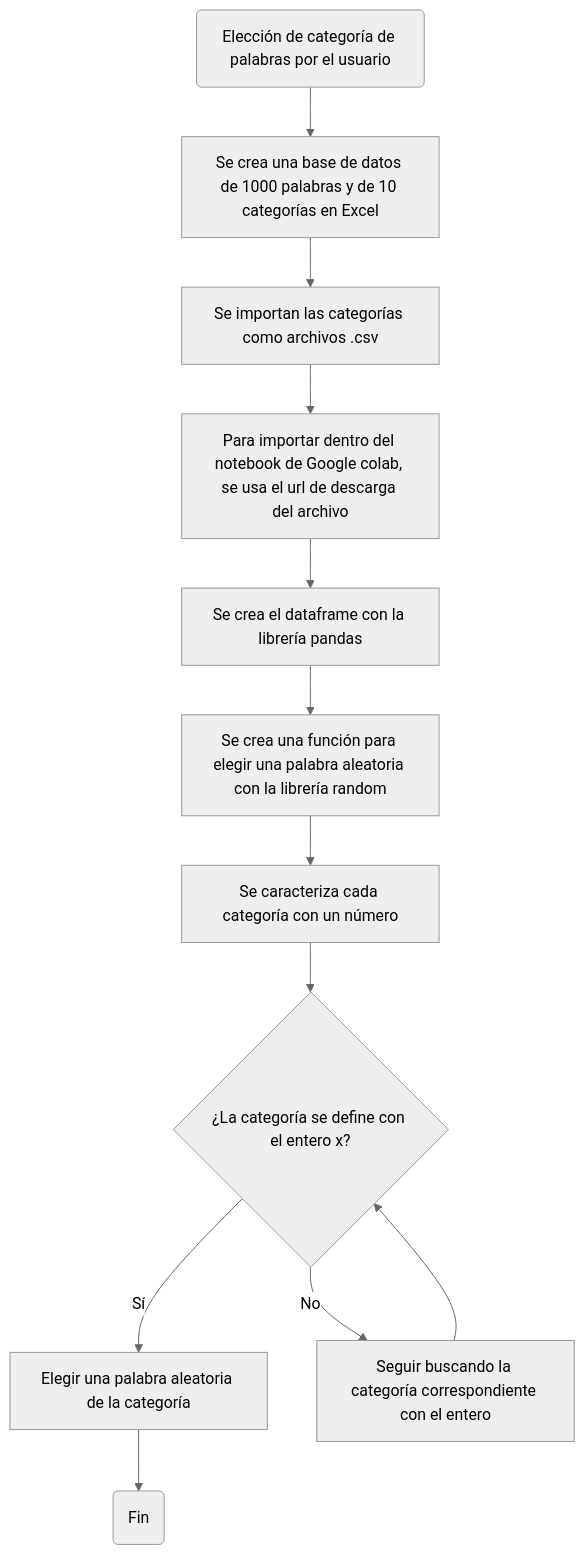
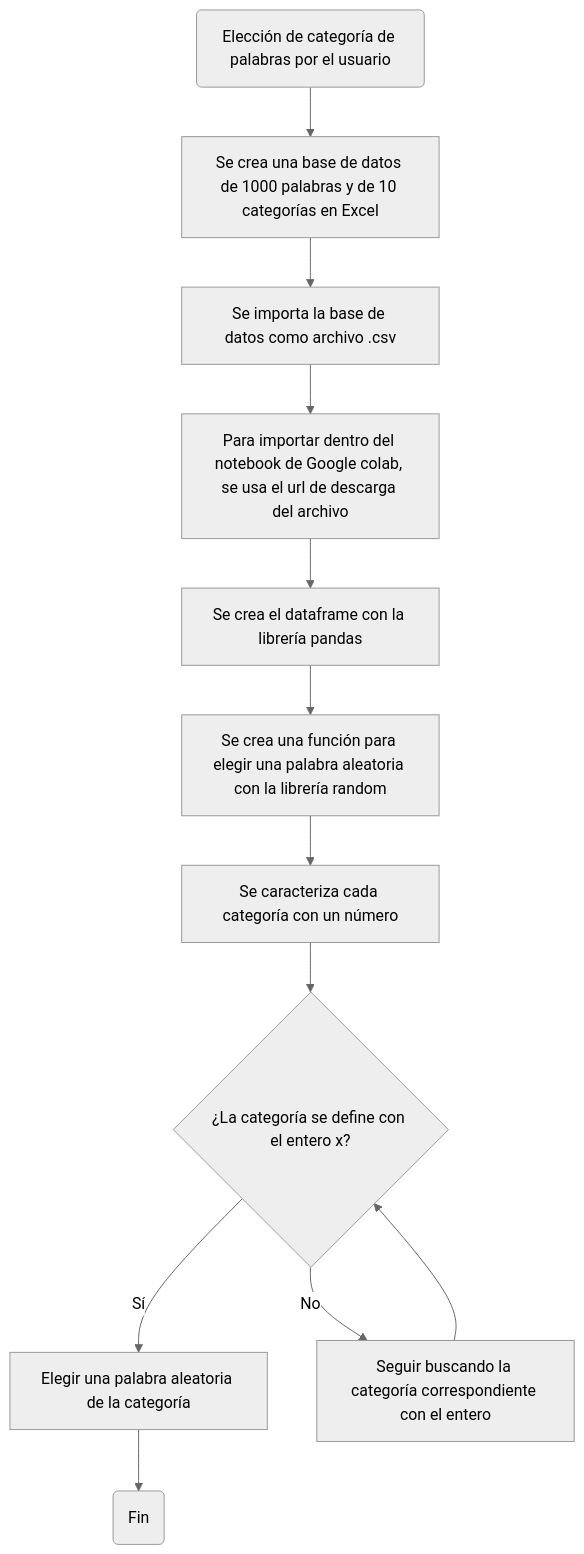
The first of 2 diagrams in README.md (Steffyf317/proyecto_pdc), drawn with Mermaid (neutral theme) before and after one commit.

````diff
--- a/README.md
+++ b/README.md
@@ -11,15 +11,15 @@
 ```mermaid
 flowchart TD;
     A(Elección de categoría de palabras por el usuario)
     A-->B[Se crea una base de datos de 1000 palabras y de 10 categorías en Excel];
-    B-->C[Se importan las categorías como archivos .csv];
+    B-->C[Se importa la base de datos como archivo .csv];
     C-->D[Para importar dentro del notebook de Google colab, se usa el url de descarga del archivo];
     D-->E[Se crea el dataframe con la librería pandas];
     E-->F[Se crea una función para elegir una palabra aleatoria con la librería random];
     F-->G[Se caracteriza cada categoría con un número];
     G-->H;
     H{¿La categoría se define con el entero x?} -- Sí --> I[Elegir una palabra aleatoria de la categoría];
     H -- No --> J[Seguir buscando la categoría correspondiente con el entero];
     J-->H;
     I-->K(Fin)
 ```
````
